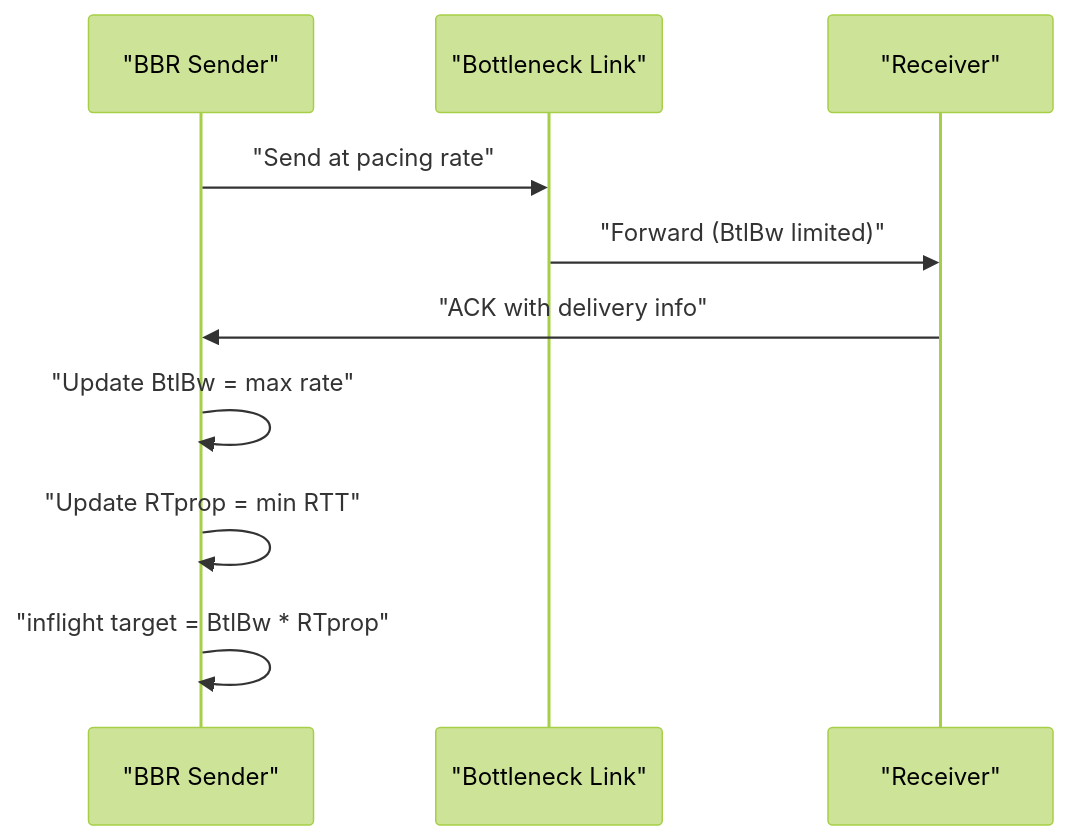
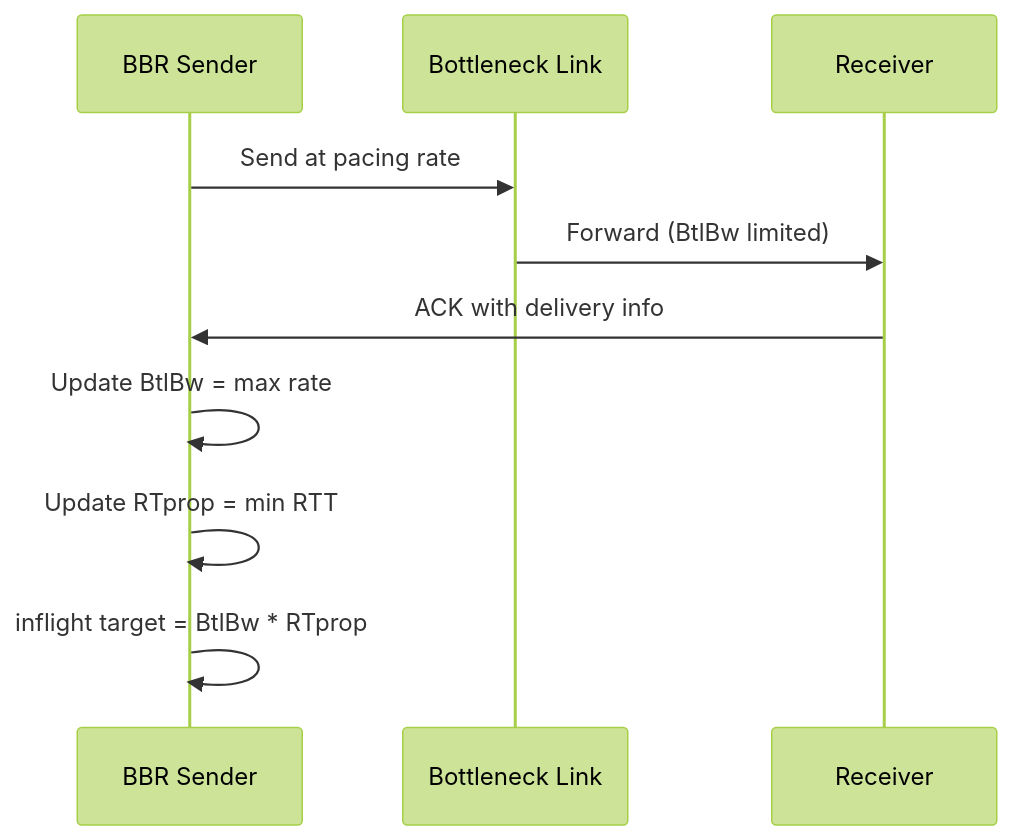
The second of 2 diagrams in content/post/tcp-congestion-control-algorithms.md (vabs/vabs.github.io), drawn with Mermaid (forest theme) before and after one commit. The commit also changed other lines of this file and 87 other files, not shown here.

First line of the commit message:
Fix: Readable mermaid diagrams and fact-check blog posts

```diff
--- a/content/post/tcp-congestion-control-algorithms.md
+++ b/content/post/tcp-congestion-control-algorithms.md
@@ -110,12 +110,12 @@
 {{< mermaid >}}
 sequenceDiagram
-    participant S as "BBR Sender"
-    participant N as "Bottleneck Link"
-    participant R as "Receiver"
-    S->>N: "Send at pacing rate"
-    N->>R: "Forward (BtlBw limited)"
-    R->>S: "ACK with delivery info"
-    S->>S: "Update BtlBw = max rate"
-    S->>S: "Update RTprop = min RTT"
-    S->>S: "inflight target = BtlBw * RTprop"
+    participant S as BBR Sender
+    participant N as Bottleneck Link
+    participant R as Receiver
+    S->>N: Send at pacing rate
+    N->>R: Forward (BtlBw limited)
+    R->>S: ACK with delivery info
+    S->>S: Update BtlBw = max rate
+    S->>S: Update RTprop = min RTT
+    S->>S: inflight target = BtlBw * RTprop
 {{< /mermaid >}}
```
